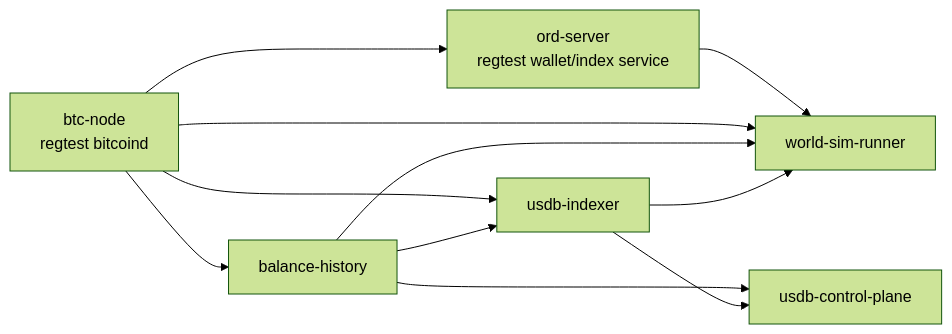
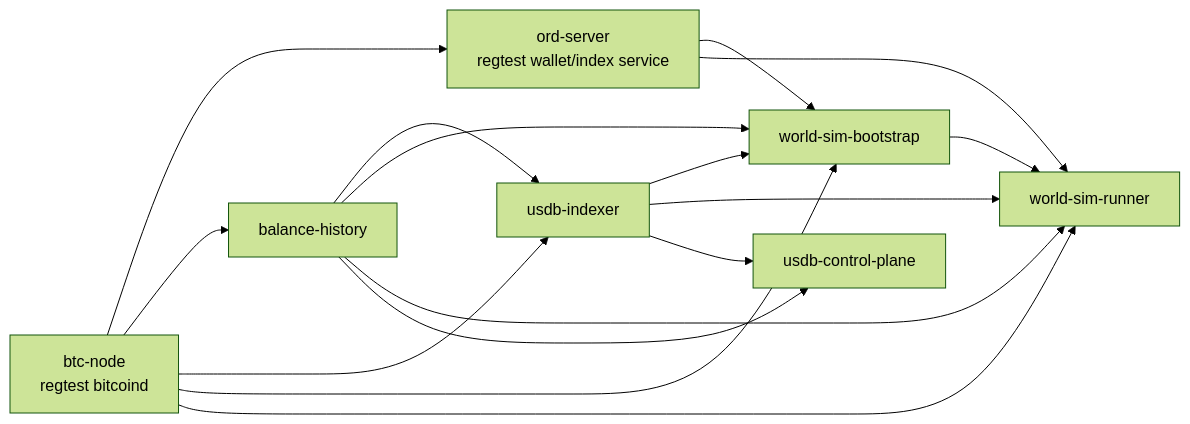
Before and after one commit to buckyos/usdb: the diagram in doc/dev-sim-world-sim-plan.md, drawn with Mermaid (forest theme). The commit also changed other lines of this file and 6 other files, not shown here.

Commit message:
Split Docker world-sim bootstrap and loop phases

````diff
--- a/doc/dev-sim-world-sim-plan.md
+++ b/doc/dev-sim-world-sim-plan.md
@@ -73,20 +86,26 @@
 ```mermaid
 flowchart LR
     BTC["btc-node\nregtest bitcoind"]
     ORD["ord-server\nregtest wallet/index service"]
     BH["balance-history"]
     USDB["usdb-indexer"]
     CP["usdb-control-plane"]
     SIM["world-sim-runner"]
 
     BTC --> ORD
     BTC --> BH
     BTC --> USDB
     BH --> USDB
+    ORD --> BOOT
+    BTC --> BOOT
+    BH --> BOOT
+    USDB --> BOOT
+    BOOT["world-sim-bootstrap"]
+    BOOT --> SIM["world-sim-runner"]
     ORD --> SIM
     BTC --> SIM
     BH --> SIM
     USDB --> SIM
     BH --> CP
     USDB --> CP
 ```
````
